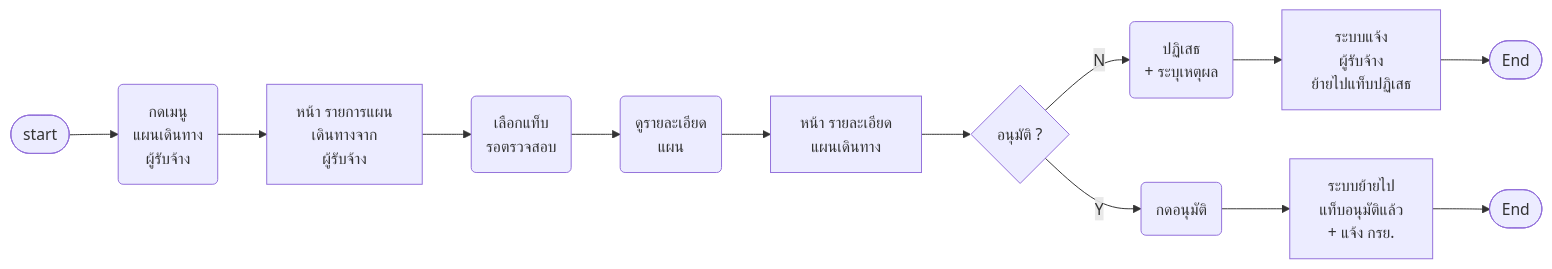
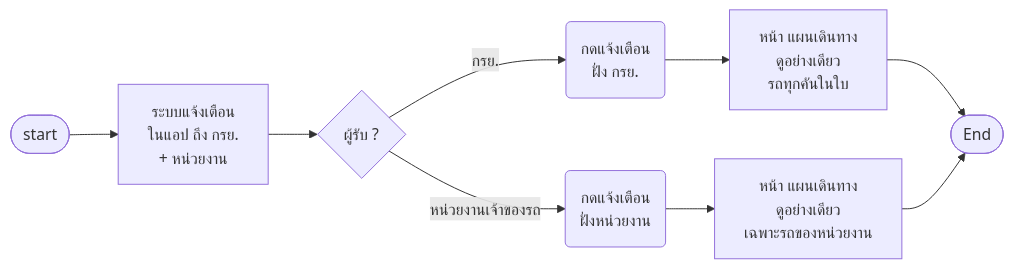
The sixth of 21 diagrams in Diagram/01-บำรุงรักษาตามวาระ/14-บำรุงรักษา-userflow.md (anugmail/Maintenance-Request-Form), drawn with Mermaid before and after one commit. The commit also changed other lines of this file and 24 other files, not shown here.

````diff
--- a/Diagram/01-บำรุงรักษาตามวาระ/14-บำรุงรักษา-userflow.md
+++ b/Diagram/01-บำรุงรักษาตามวาระ/14-บำรุงรักษา-userflow.md
@@ -308,16 +343,11 @@
 ```mermaid
 flowchart LR
-    S([start]) --> A0("กดเมนู<br/>แผนเดินทาง<br/>ผู้รับจ้าง")
-    A0 --> D1["หน้า รายการแผน<br/>เดินทางจาก<br/>ผู้รับจ้าง"]
-    D1 --> A1("เลือกแท็บ<br/>รอตรวจสอบ")
-    A1 --> A2("ดูรายละเอียด<br/>แผน")
-    A2 --> D2["หน้า รายละเอียด<br/>แผนเดินทาง"]
-    D2 --> Q1{"อนุมัติ ?"}
-    Q1 -->|N| A3("ปฏิเสธ<br/>+ ระบุเหตุผล")
-    A3 --> D3["ระบบแจ้ง<br/>ผู้รับจ้าง<br/>ย้ายไปแท็บปฏิเสธ"]
-    D3 --> E1([End])
-    Q1 -->|Y| A4("กดอนุมัติ")
-    A4 --> D4["ระบบย้ายไป<br/>แท็บอนุมัติแล้ว<br/>+ แจ้ง กรย."]
-    D4 --> E([End])
-    %% Q: A3 | Q15 ❓ (บอร์ด) ผู้รับจ้างต้องเสนอแผนใหม่? มี limit การเสนอใหม่ไหม? ต้องบอกใครบ้าง? ใครต้องทำอะไรต่อบ้าง?
+    S([start]) --> D1["ระบบแจ้งเตือน<br/>ในแอป ถึง กรย.<br/>+ หน่วยงาน"]
+    D1 --> Q1{"ผู้รับ ?"}
+    Q1 -->|กรย.| A1("กดแจ้งเตือน<br/>ฝั่ง กรย.")
+    A1 --> D2["หน้า แผนเดินทาง<br/>ดูอย่างเดียว<br/>รถทุกคันในใบ"]
+    Q1 -->|หน่วยงานเจ้าของรถ| A2("กดแจ้งเตือน<br/>ฝั่งหน่วยงาน")
+    A2 --> D3["หน้า แผนเดินทาง<br/>ดูอย่างเดียว<br/>เฉพาะรถของหน่วยงาน"]
+    D2 --> E([End])
+    D3 --> E
 ```
````
